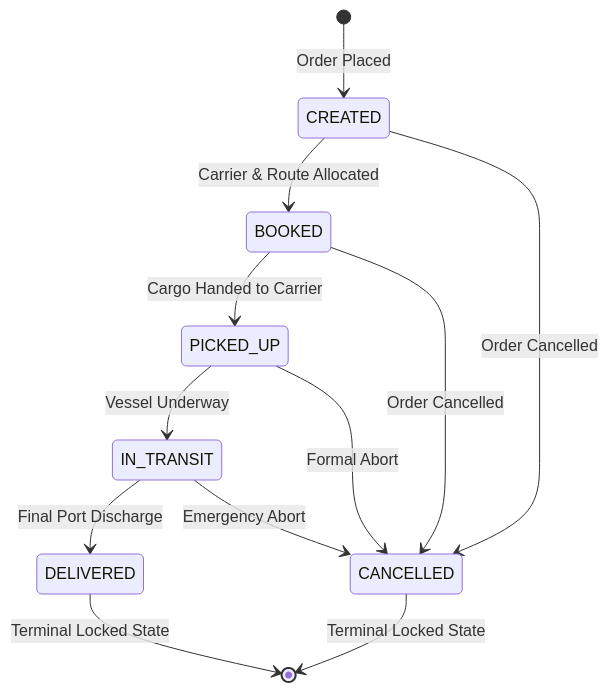
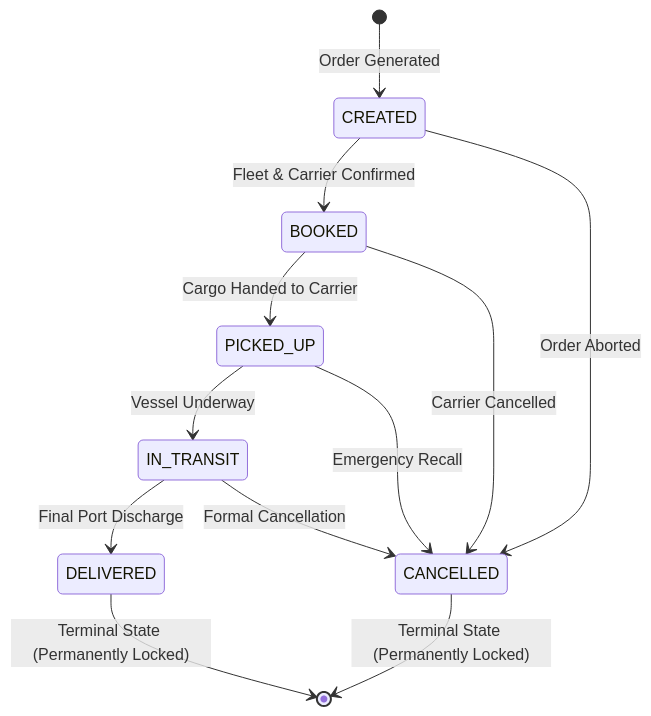
The second of 3 diagrams in README.md (Nafs28/CargoTracer_UAS_PemrogramanWeb), drawn with Mermaid before and after one commit. The commit also changed other lines of this file, not shown here.

Commit message:
docs: streamline README to focus exclusively on CargoTrace domain and system architecture

````diff
--- a/README.md
+++ b/README.md
@@ -98,15 +82,15 @@
 ```mermaid
 stateDiagram-v2
-    [*] --> CREATED: Order Placed
-    CREATED --> BOOKED: Carrier & Route Allocated
+    [*] --> CREATED: Order Generated
+    CREATED --> BOOKED: Fleet & Carrier Confirmed
     BOOKED --> PICKED_UP: Cargo Handed to Carrier
     PICKED_UP --> IN_TRANSIT: Vessel Underway
     IN_TRANSIT --> DELIVERED: Final Port Discharge
-    DELIVERED --> [*]: Terminal Locked State
-    
-    CREATED --> CANCELLED: Order Cancelled
-    BOOKED --> CANCELLED: Order Cancelled
-    PICKED_UP --> CANCELLED: Formal Abort
-    IN_TRANSIT --> CANCELLED: Emergency Abort
-    CANCELLED --> [*]: Terminal Locked State
+    DELIVERED --> [*]: Terminal State (Permanently Locked)
+
+    CREATED --> CANCELLED: Order Aborted
+    BOOKED --> CANCELLED: Carrier Cancelled
+    PICKED_UP --> CANCELLED: Emergency Recall
+    IN_TRANSIT --> CANCELLED: Formal Cancellation
+    CANCELLED --> [*]: Terminal State (Permanently Locked)
 ```
````
